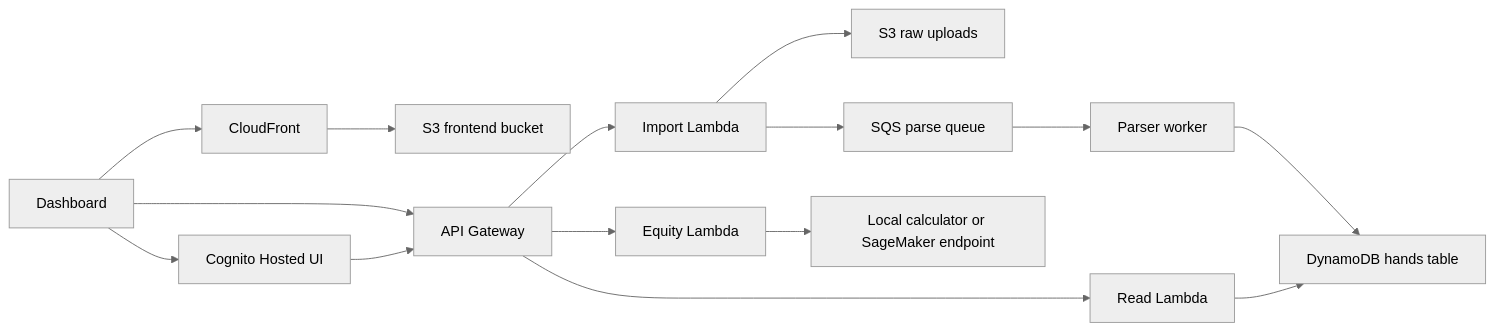
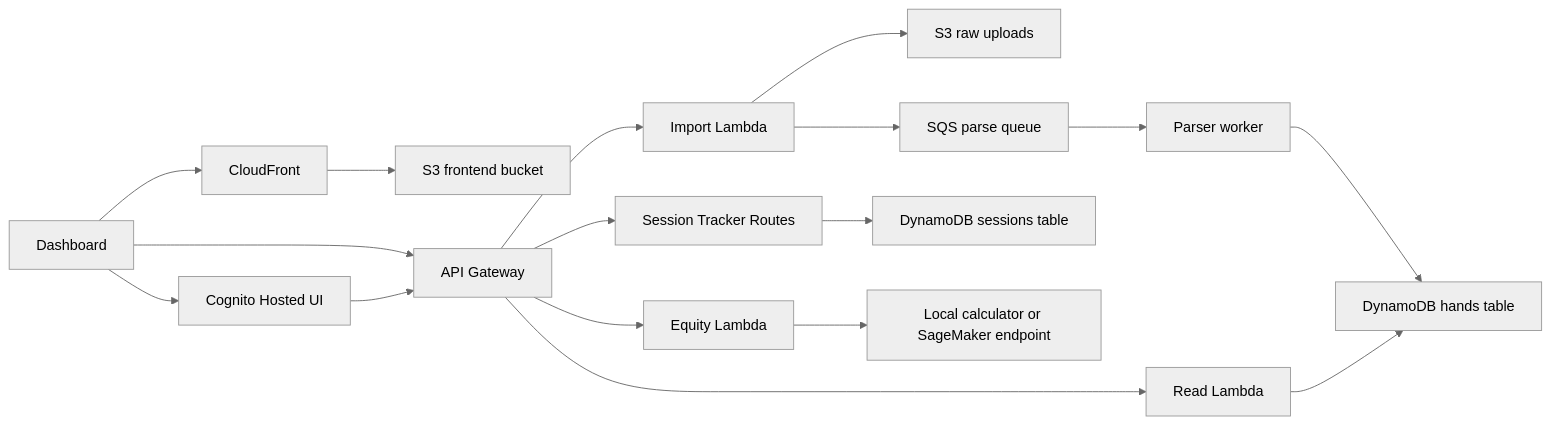
Before and after one commit to yt3328/BackdoorFlush: the diagram in docs/architecture.md, drawn with Mermaid (neutral theme). The commit also changed other lines of this file and 16 other files, not shown here.

Commit message:
Add session tracker and visual hand replayer

````diff
--- a/docs/architecture.md
+++ b/docs/architecture.md
@@ -5,17 +5,19 @@
 ```mermaid
 flowchart LR
   Browser["Dashboard"] --> CloudFront["CloudFront"]
   CloudFront --> FrontendS3["S3 frontend bucket"]
   Browser --> Cognito["Cognito Hosted UI"]
   Browser --> API["API Gateway"]
   Cognito --> API
   API --> ImportLambda["Import Lambda"]
   API --> ReadLambda["Read Lambda"]
   API --> EquityLambda["Equity Lambda"]
+  API --> SessionLambda["Session Tracker Routes"]
   ImportLambda --> S3["S3 raw uploads"]
   ImportLambda --> Queue["SQS parse queue"]
   Queue --> Parser["Parser worker"]
   Parser --> Dynamo["DynamoDB hands table"]
   ReadLambda --> Dynamo
+  SessionLambda --> SessionsDynamo["DynamoDB sessions table"]
   EquityLambda --> Model["Local calculator or SageMaker endpoint"]
 ```
````
